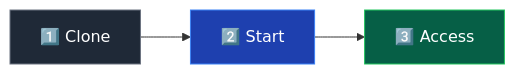
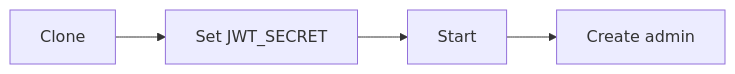
The first of 3 diagrams in doc/getting-started.md (Ketbome/minepanel), drawn with Mermaid before and after one commit. The commit also changed other lines of this file and 56 other files, not shown here.

First line of the commit message:
docs: current screenshots and diagrams across the whole site (#333)

````diff
--- a/doc/getting-started.md
+++ b/doc/getting-started.md
@@ -36,7 +34,4 @@
 ```mermaid
 flowchart LR
-    A["1️⃣ Clone"] --> B["2️⃣ Start"] --> C["3️⃣ Access"]
-    style A fill:#1f2937,stroke:#6b7280,color:#fff
-    style B fill:#1e40af,stroke:#3b82f6,color:#fff
-    style C fill:#065f46,stroke:#22c55e,color:#fff
+    A["Clone"] --> B["Set JWT_SECRET"] --> C["Start"] --> D["Create admin"]
 ```
````
